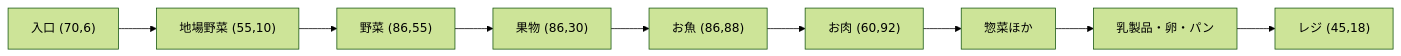
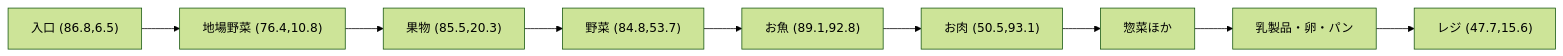
The sixth of 15 diagrams in docs/発表_開発解説/教科書_鳩ナビ開発入門.md (hiroyuki-rdx/hatonavi), drawn with Mermaid (forest theme) before and after one commit. The commit also changed other lines of this file and 13 other files, not shown here.

````diff
--- a/docs/発表_開発解説/教科書_鳩ナビ開発入門.md
+++ b/docs/発表_開発解説/教科書_鳩ナビ開発入門.md
@@ -334,6 +335,6 @@
 ```mermaid
 flowchart LR
-  S["入口 (70,6)"] --> V1["地場野菜 (55,10)"] --> V["野菜 (86,55)"] --> F["果物 (86,30)"]
-  F --> Fi["お魚 (86,88)"] --> M["お肉 (60,92)"] --> Sd["惣菜ほか"]
-  Sd --> D["乳製品・卵・パン"] --> C["レジ (45,18)"]
+  S["入口 (86.8,6.5)"] --> V1["地場野菜 (76.4,10.8)"] --> F["果物 (85.5,20.3)"] --> V["野菜 (84.8,53.7)"]
+  V --> Fi["お魚 (89.1,92.8)"] --> M["お肉 (50.5,93.1)"] --> Sd["惣菜ほか"]
+  Sd --> D["乳製品・卵・パン"] --> C["レジ (47.7,15.6)"]
 ```
````
